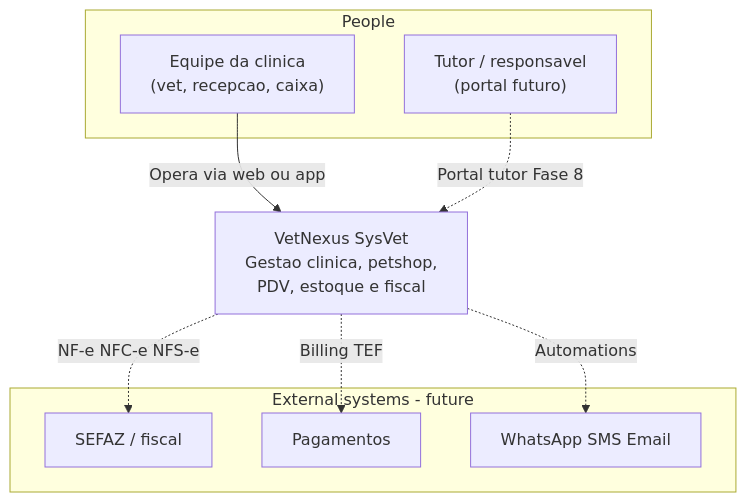
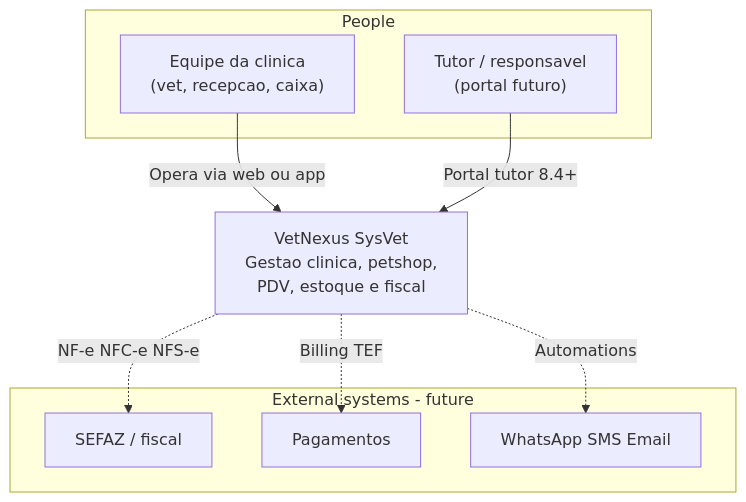
One commit to ronaldocestrela/sysvet changed the diagram in docs/diagramas/c4-context.mmd. Above: the diagram before and after it, drawn with Mermaid. The commit also changed 97 other files, not shown here.

Commit message:
8.4 Módulo TutorPortal — base

```diff
--- a/docs/diagramas/c4-context.mmd
+++ b/docs/diagramas/c4-context.mmd
@@ -1,22 +1,22 @@
 %% C4 Level 1 — System Context (VetNexus / SysVet)
 %% Render: Mermaid flowchart; edit source only (no binary-only images).
 
 flowchart TB
     subgraph people [People]
         Staff["Equipe da clinica<br/>(vet, recepcao, caixa)"]
         Tutor["Tutor / responsavel<br/>(portal futuro)"]
     end
 
     SysVet["VetNexus SysVet<br/>Gestao clinica, petshop,<br/>PDV, estoque e fiscal"]
 
     subgraph external_future [External systems - future]
         Sefaz["SEFAZ / fiscal"]
         Payments["Pagamentos"]
         Comms["WhatsApp SMS Email"]
     end
 
     Staff -->|"Opera via web ou app"| SysVet
-    Tutor -.->|"Portal tutor Fase 8"| SysVet
+    Tutor -->|"Portal tutor 8.4+"| SysVet
     SysVet -.->|"NF-e NFC-e NFS-e"| Sefaz
     SysVet -.->|"Billing TEF"| Payments
     SysVet -.->|"Automations"| Comms
```
